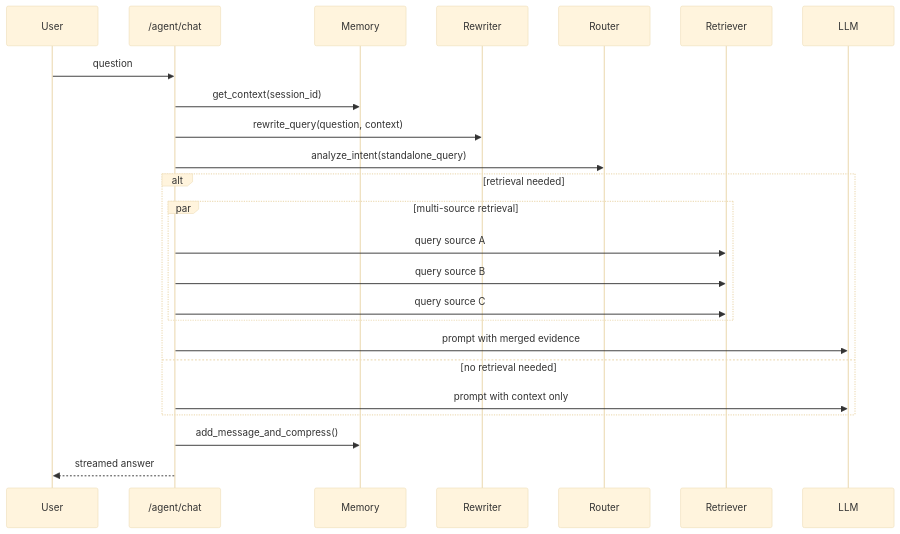
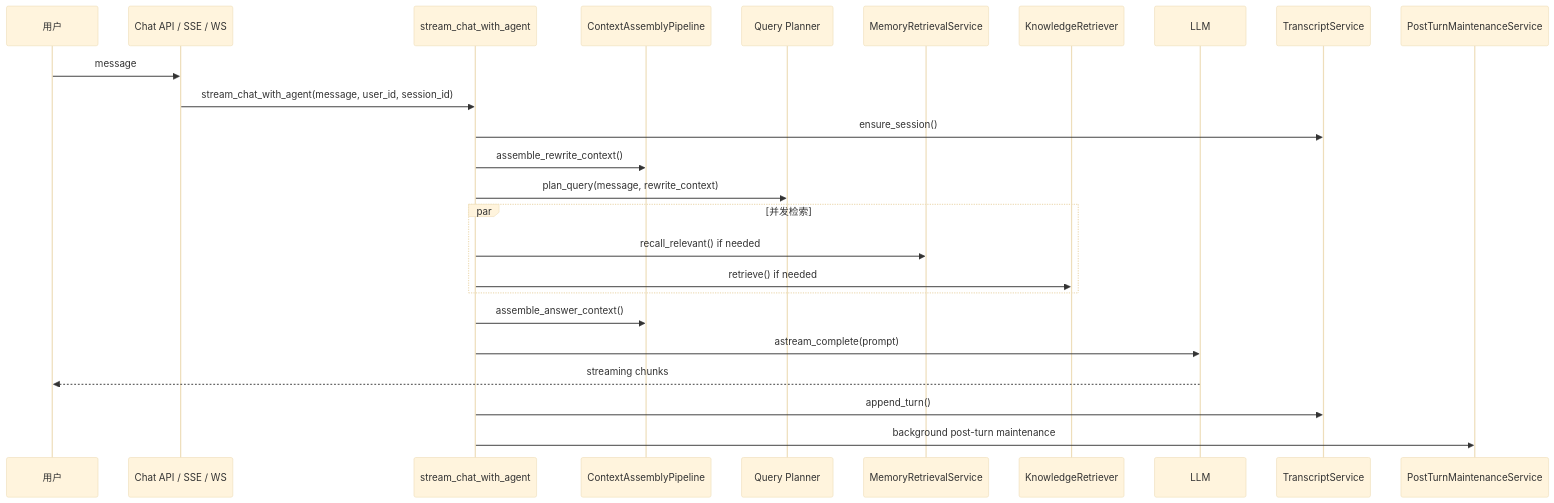
Before and after one commit to studyzhige-ui/Interview_Copilot: the second of 3 diagrams in docs/PROJECT_DOCUMENTATION.md, drawn with Mermaid (base theme). The commit also changed other lines of this file and 64 other files, not shown here.

````diff
--- a/docs/PROJECT_DOCUMENTATION.md
+++ b/docs/PROJECT_DOCUMENTATION.md
@@ -489,27 +246,28 @@
 ```mermaid
 sequenceDiagram
-    participant U as User
-    participant API as /agent/chat
-    participant M as Memory
-    participant RW as Rewriter
-    participant RT as Router
-    participant R as Retriever
-    participant L as LLM
+    participant User as 用户
+    participant API as Chat API / SSE / WS
+    participant Exec as stream_chat_with_agent
+    participant Context as ContextAssemblyPipeline
+    participant Planner as Query Planner
+    participant Memory as MemoryRetrievalService
+    participant Knowledge as KnowledgeRetriever
+    participant LLM as LLM
+    participant Transcript as TranscriptService
+    participant Maintenance as PostTurnMaintenanceService
 
-    U->>API: question
-    API->>M: get_context(session_id)
-    API->>RW: rewrite_query(question, context)
-    API->>RT: analyze_intent(standalone_query)
-    alt retrieval needed
-        par multi-source retrieval
-            API->>R: query source A
-            API->>R: query source B
-            API->>R: query source C
-        end
-        API->>L: prompt with merged evidence
-    else no retrieval needed
-        API->>L: prompt with context only
+    User->>API: message
+    API->>Exec: stream_chat_with_agent(message, user_id, session_id)
+    Exec->>Transcript: ensure_session()
+    Exec->>Context: assemble_rewrite_context()
+    Exec->>Planner: plan_query(message, rewrite_context)
+    par 并发检索
+        Exec->>Memory: recall_relevant() if needed
+        Exec->>Knowledge: retrieve() if needed
     end
-    API->>M: add_message_and_compress()
-    API-->>U: streamed answer
+    Exec->>Context: assemble_answer_context()
+    Exec->>LLM: astream_complete(prompt)
+    LLM-->>User: streaming chunks
+    Exec->>Transcript: append_turn()
+    Exec->>Maintenance: background post-turn maintenance
 ```
````
